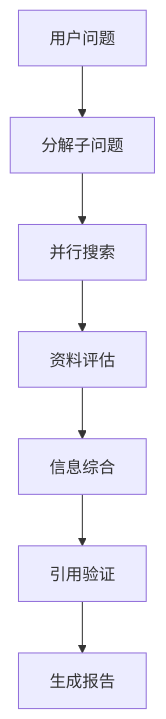
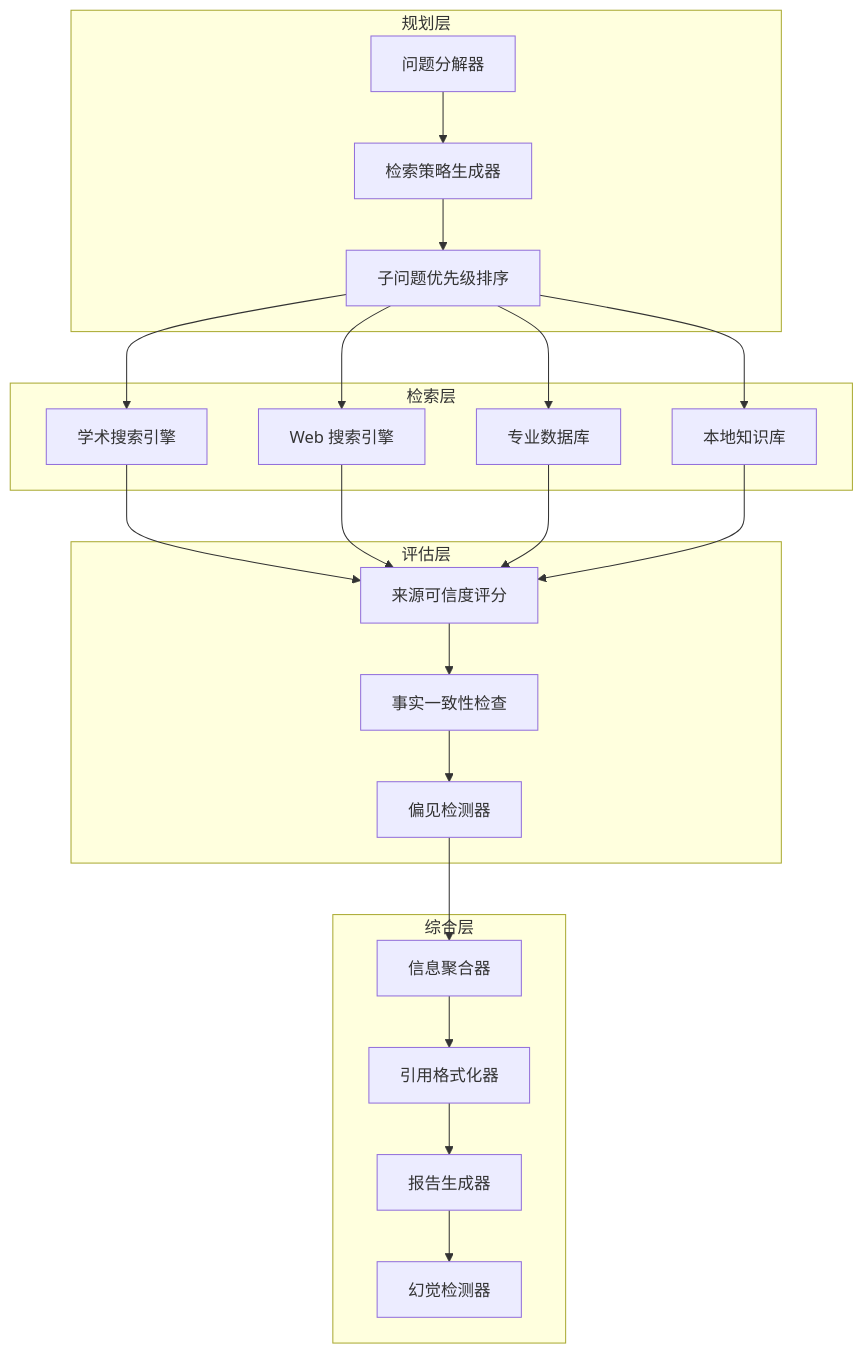
The second of 2 diagrams in docs/08-案例研究/02-研究Agent.md (dilboy/agent-programming-wiki), drawn with Mermaid before and after one commit. The commit also changed other lines of this file and 9 other files, not shown here.

````diff
--- a/docs/08-案例研究/02-研究Agent.md
+++ b/docs/08-案例研究/02-研究Agent.md
@@ -30,9 +46,34 @@
 ```mermaid
 graph TD
-    A[用户问题] --> B[分解子问题]
-    B --> C[并行搜索]
-    C --> D[资料评估]
-    D --> E[信息综合]
-    E --> F[引用验证]
-    F --> G[生成报告]
+    subgraph "规划层"
+        A[问题分解器]
+        B[检索策略生成器]
+        C[子问题优先级排序]
+    end
+
+    subgraph "检索层"
+        D[学术搜索引擎]
+        E[Web 搜索引擎]
+        F[专业数据库]
+        G[本地知识库]
+    end
+
+    subgraph "评估层"
+        H[来源可信度评分]
+        I[事实一致性检查]
+        J[偏见检测器]
+    end
+
+    subgraph "综合层"
+        K[信息聚合器]
+        L[引用格式化器]
+        M[报告生成器]
+        N[幻觉检测器]
+    end
+
+    A --> B --> C
+    C --> D & E & F & G
+    D & E & F & G --> H
+    H --> I --> J
+    J --> K --> L --> M --> N
 ```
````
